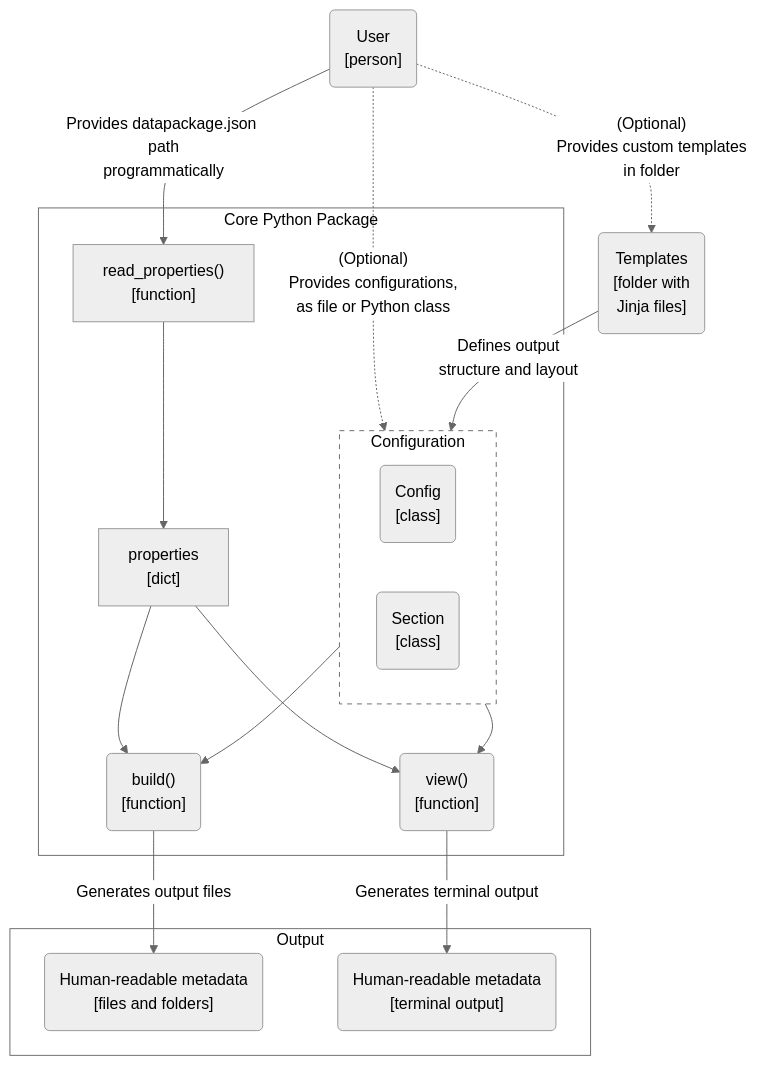
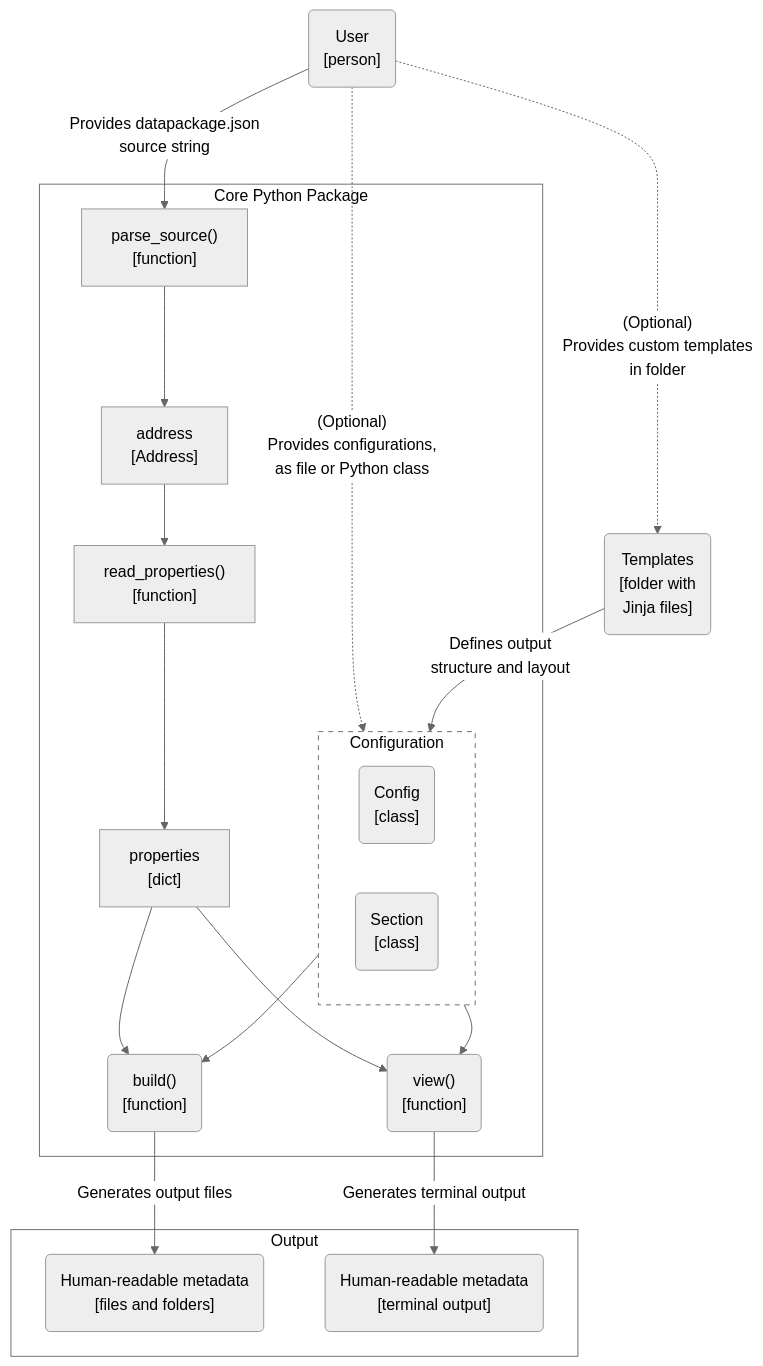
Before and after one commit to seedcase-project/seedcase-flower: the third of 3 diagrams in docs/design/architecture.qmd, drawn with Mermaid (neutral theme). The commit also changed 2 other files, not shown here.

Commit message:
docs: :memo: correct outdated parts of diagrams (#293)
# Description

Fixes some outdated diagram nodes. More could be done in a follow up PR
after a discussion in
https://github.com/seedcase-project/guidebook/issues/131

Needs a quick review.

## Checklist

- [x] Ran `just run-all`

---------

````diff
--- a/docs/design/architecture.qmd
+++ b/docs/design/architecture.qmd
@@ -217,41 +217,42 @@
 ```{mermaid}
 %%| label: fig-c4-component
 %%| fig-cap: "C4 component diagram showing the main functions and classes within the Python package and their connections."
 flowchart TD
 
     subgraph package["Core Python Package"]
 
         subgraph cfg["Configuration"]
             config("Config<br>[class]")
             section("Section<br>[class]")
         end
 
+        parse_source["parse_source()<br>[function]"]
+        address["address<br>[Address]"]
         read_properties["read_properties()<br>[function]"]
         properties["properties<br>[dict]"]
         build("build()<br>[function]")
         view("view()<br>[function]")
 
-        read_properties --> properties
-        properties --> build & view
+        parse_source --> address --> read_properties --> properties --> build & view
         cfg --> build & view
     end
 
     user("User<br>[person]")
     templates("Templates<br>[folder with<br>Jinja files]")
     subgraph output["Output"]
         output_files("Human-readable metadata<br>[files and folders]")
         output_screen("Human-readable metadata<br>[terminal output]")
     end
 
-    user --"Provides datapackage.json path<br>programmatically"--> read_properties
+    user --"Provides datapackage.json <br>source string"--> parse_source
     user -."(Optional)<br>Provides configurations,<br>as file or Python class".-> cfg
     user -."(Optional)<br>Provides custom templates<br>in folder".-> templates
     templates --"Defines output<br>structure and layout"--> cfg
     build --"Generates output files"--> output_files
     view --"Generates terminal output"--> output_screen
 
     %% Styling
     style package fill:#FFFFFF, color:#000000
     style output fill:#FFFFFF, color:#000000
     style cfg fill:#FFFFFF, color:#000000, stroke-dasharray: 5 5
 ```
````
